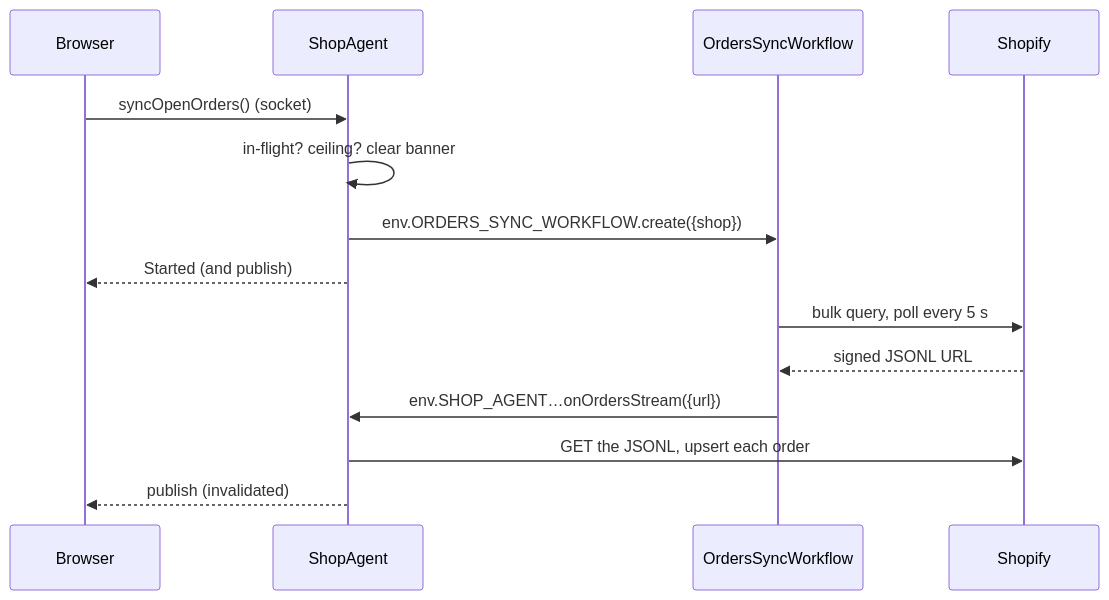
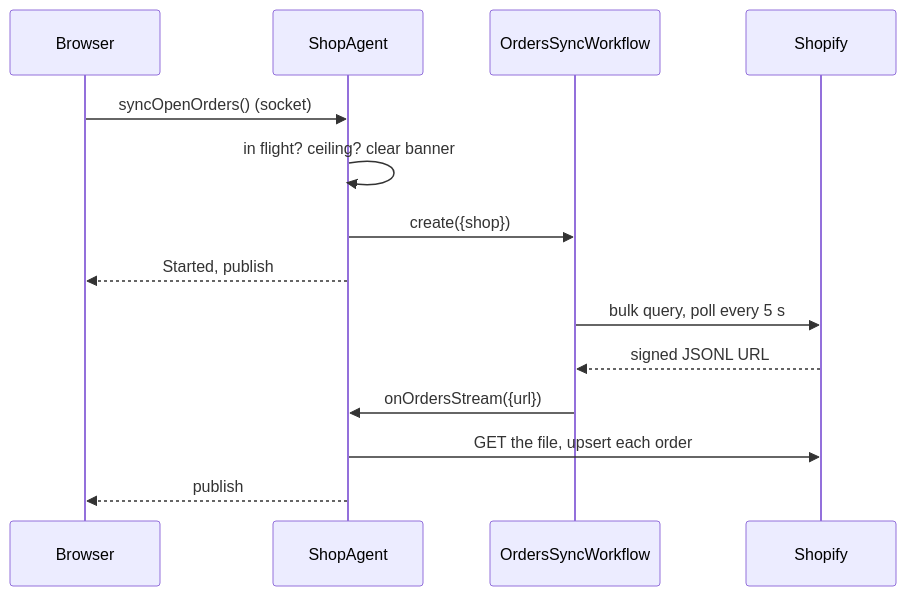
Before and after one commit to mw10013/alchemy-sandbox1: the second of 6 diagrams in docs/actor-workflow-wiring-research.md, drawn with Mermaid. The commit also changed other lines of this file, not shown here.

Commit message:
Rewrite the actor and Workflow wiring research from Alchemy's model

````diff
--- a/docs/actor-workflow-wiring-research.md
+++ b/docs/actor-workflow-wiring-research.md
@@ -55,16 +68,16 @@
 ```mermaid
 sequenceDiagram
   participant B as Browser
   participant A as ShopAgent
   participant WF as OrdersSyncWorkflow
   participant S as Shopify
   B->>A: syncOpenOrders() (socket)
-  A->>A: in-flight? ceiling? clear banner
-  A->>WF: env.ORDERS_SYNC_WORKFLOW.create({shop})
-  A-->>B: Started (and publish)
+  A->>A: in flight? ceiling? clear banner
+  A->>WF: create({shop})
+  A-->>B: Started, publish
   WF->>S: bulk query, poll every 5 s
   S-->>WF: signed JSONL URL
-  WF->>A: env.SHOP_AGENT…onOrdersStream({url})
-  A->>S: GET the JSONL, upsert each order
-  A-->>B: publish (invalidated)
+  WF->>A: onOrdersStream({url})
+  A->>S: GET the file, upsert each order
+  A-->>B: publish
 ```
````
